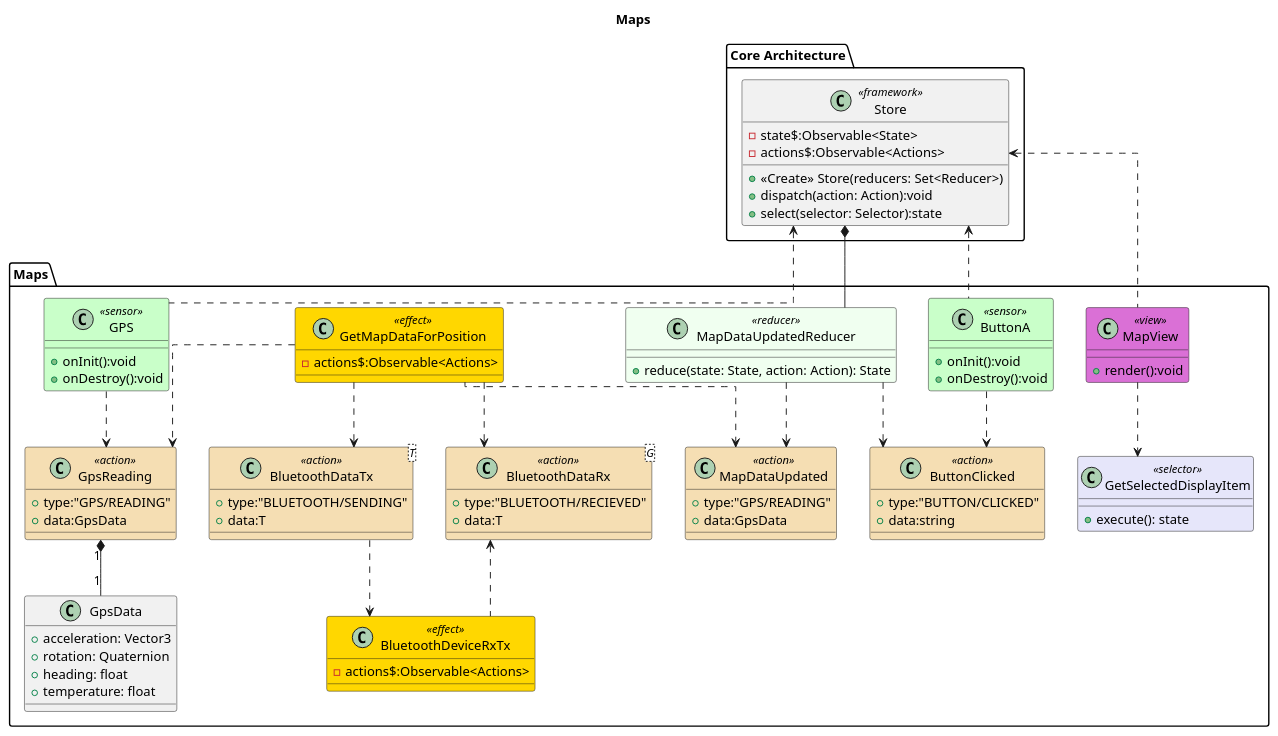
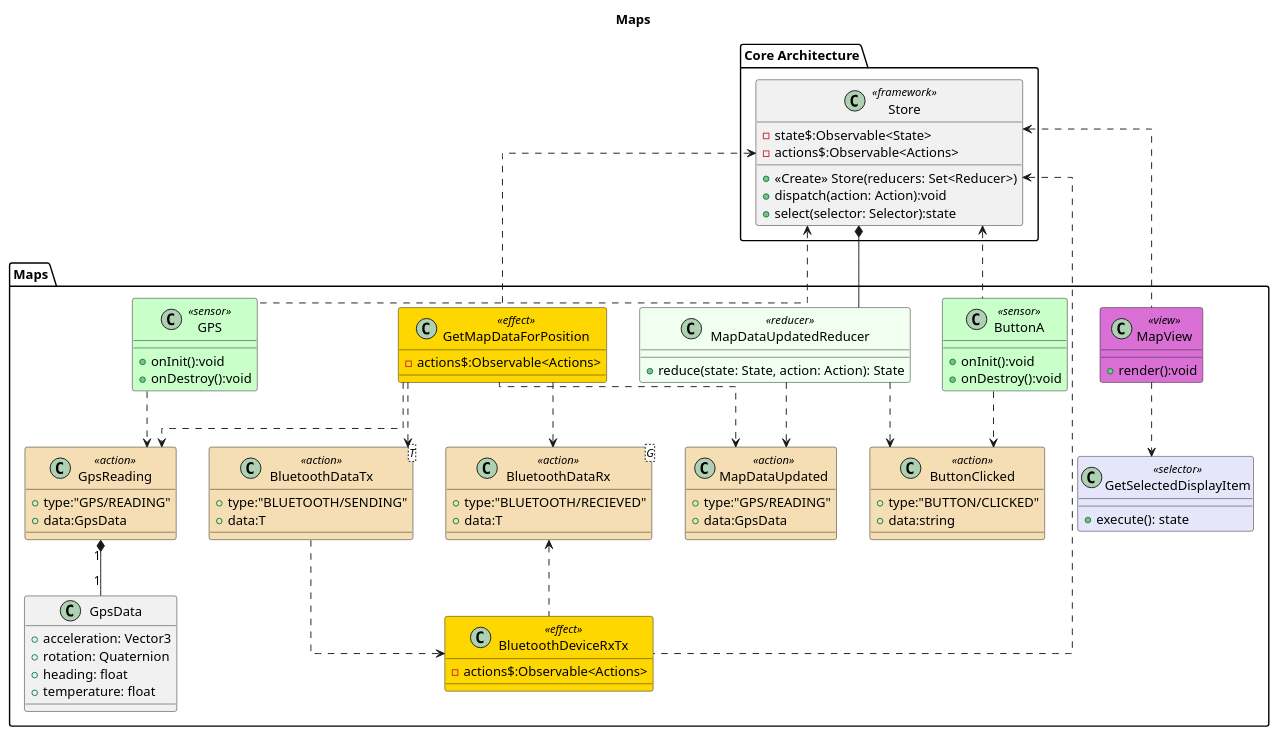
The diagram in class_diagrams/maps.md (markroche92/sw-eng-smart-watch), drawn with PlantUML before and after one commit. The commit also changed other lines of this file, not shown here.

Commit message:
fixing missing relation in class diagrams

````diff
--- a/class_diagrams/maps.md
+++ b/class_diagrams/maps.md
@@ -11,5 +11,6 @@
 ```plantuml
 @startuml
+
 skinparam shadowing false
 skinparam linetype ortho
 skinparam class {
@@ -106,8 +107,6 @@
 MapView ..> GetSelectedDisplayItem
 
 
-
-
 GetMapDataForPosition ..> GpsReading
 GetMapDataForPosition ..> BluetoothDataTx
 
@@ -118,16 +117,20 @@
 GetMapDataForPosition ..> MapDataUpdated
 MapDataUpdatedReducer ..> MapDataUpdated
 
+
+GetSelectedDisplayItem -[hidden]l- BluetoothDataRx
 BluetoothDataRx -[hidden]l- BluetoothDataTx
 ButtonA -[hidden]r- MapView
 
 GpsReading "1"*--"1" GpsData
 GPS ..> GpsReading
 
-
+Store <.. GetMapDataForPosition
+Store <.. BluetoothDeviceRxTx
 Store *-- MapDataUpdatedReducer
 Store <.. MapView
 Store <.. ButtonA
 Store <.. GPS
 @enduml
+
 ```
````
